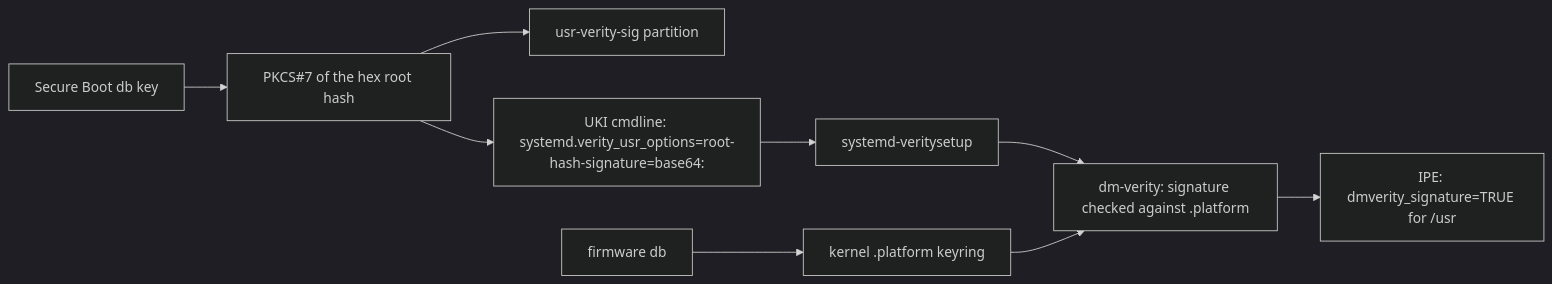
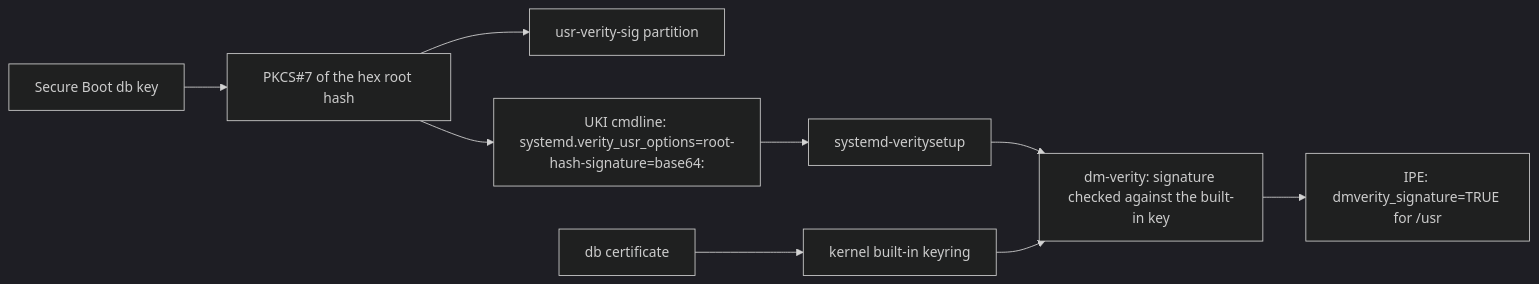
One commit to slophaer/golconda changed the third of 5 diagrams in docs/design/trust.md. Above: the diagram before and after it, drawn with Mermaid (dark theme). The commit also changed other lines of this file and 18 other files, not shown here.

````diff
--- a/docs/design/trust.md
+++ b/docs/design/trust.md
@@ -67,11 +67,11 @@
 ```mermaid
 flowchart LR
   db["Secure Boot db key"] --> vsig["PKCS#7 of the hex root hash"]
   vsig --> part["usr-verity-sig partition"]
   vsig --> cmdline["UKI cmdline: systemd.verity_usr_options=root-hash-signature=base64:"]
-  fw["firmware db"] --> keyring["kernel .platform keyring"]
+  cert["db certificate"] --> keyring["kernel built-in keyring"]
   cmdline --> veritysetup[systemd-veritysetup]
-  veritysetup --> dm["dm-verity: signature checked against .platform"]
+  veritysetup --> dm["dm-verity: signature checked against the built-in key"]
   keyring --> dm
   dm --> ipe["IPE: dmverity_signature=TRUE for /usr"]
 ```
````
